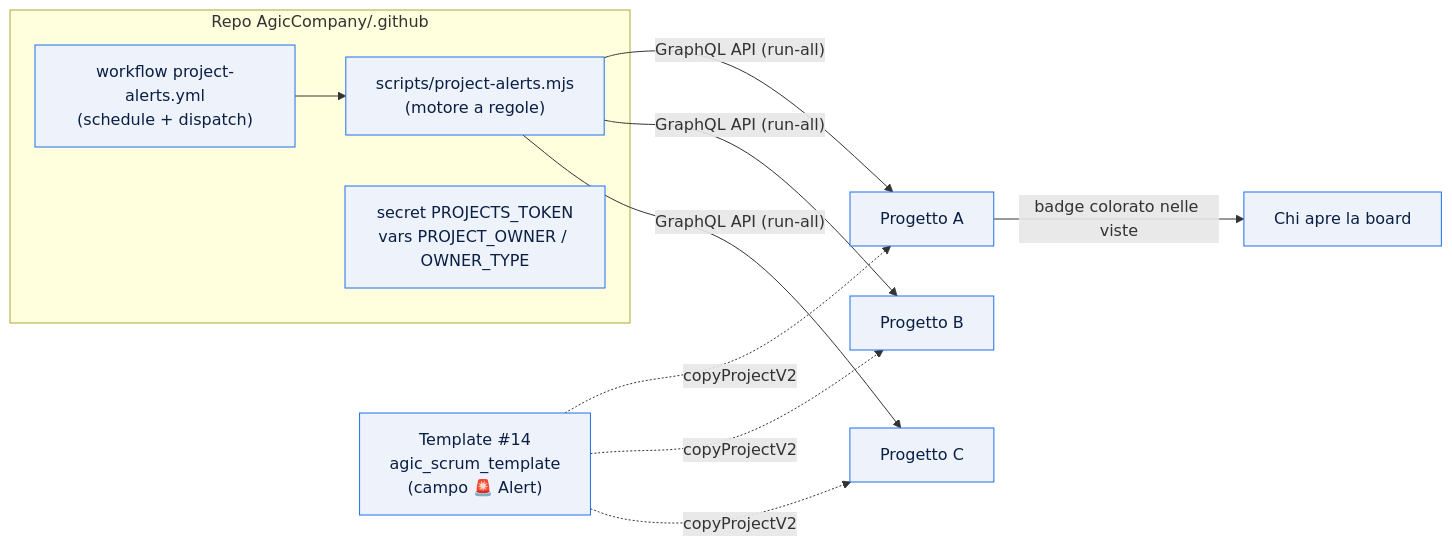
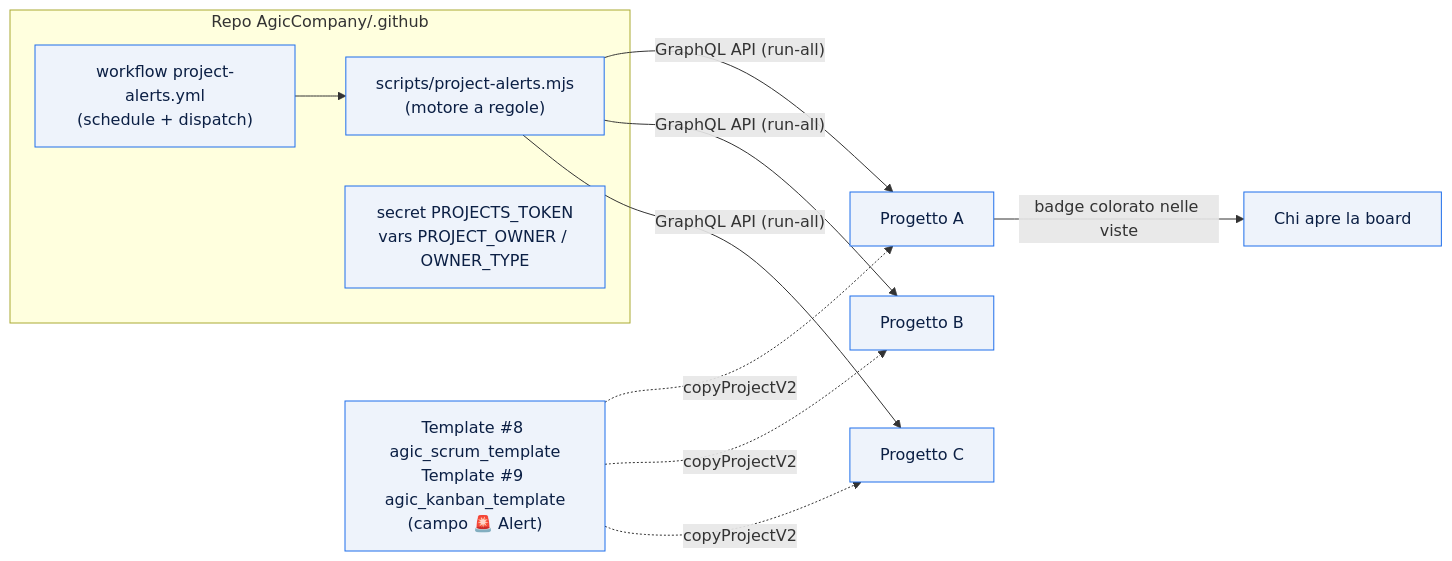
The diagram in docs/04-project-alerts.md (AgicCompany/.github), drawn with Mermaid before and after one commit. The commit also changed other lines of this file and 5 other files, not shown here.

Commit message:
docs: update template project numbers (#8/#9), broaden guide 03 to Scrum+Kanban and rename to 03-viste-e-filtri

````diff
--- a/docs/04-project-alerts.md
+++ b/docs/04-project-alerts.md
@@ -15,15 +15,15 @@
 ```mermaid
 flowchart LR
-    TPL["Template #14<br/>agic_scrum_template<br/>(campo 🚨 Alert)"] -.->|copyProjectV2| P1["Progetto A"] & P2["Progetto B"] & P3["Progetto C"]
+    TPL["Template #8 agic_scrum_template<br/>Template #9 agic_kanban_template<br/>(campo 🚨 Alert)"] -.->|copyProjectV2| P1["Progetto A"] & P2["Progetto B"] & P3["Progetto C"]
     subgraph GH["Repo AgicCompany/.github"]
         WF["workflow project-alerts.yml<br/>(schedule + dispatch)"]
         SCRIPT["scripts/project-alerts.mjs<br/>(motore a regole)"]
         SEC["secret PROJECTS_TOKEN<br/>vars PROJECT_OWNER / OWNER_TYPE"]
     end
     WF --> SCRIPT
     SCRIPT -->|"GraphQL API (run-all)"| P1 & P2 & P3
     P1 -->|badge colorato nelle viste| USERS["Chi apre la board"]
 
     classDef box fill:#eef3fb,stroke:#1f6feb,color:#0b1f44;
     class TPL,P1,P2,P3,WF,SCRIPT,SEC,USERS box;
 ```
````
